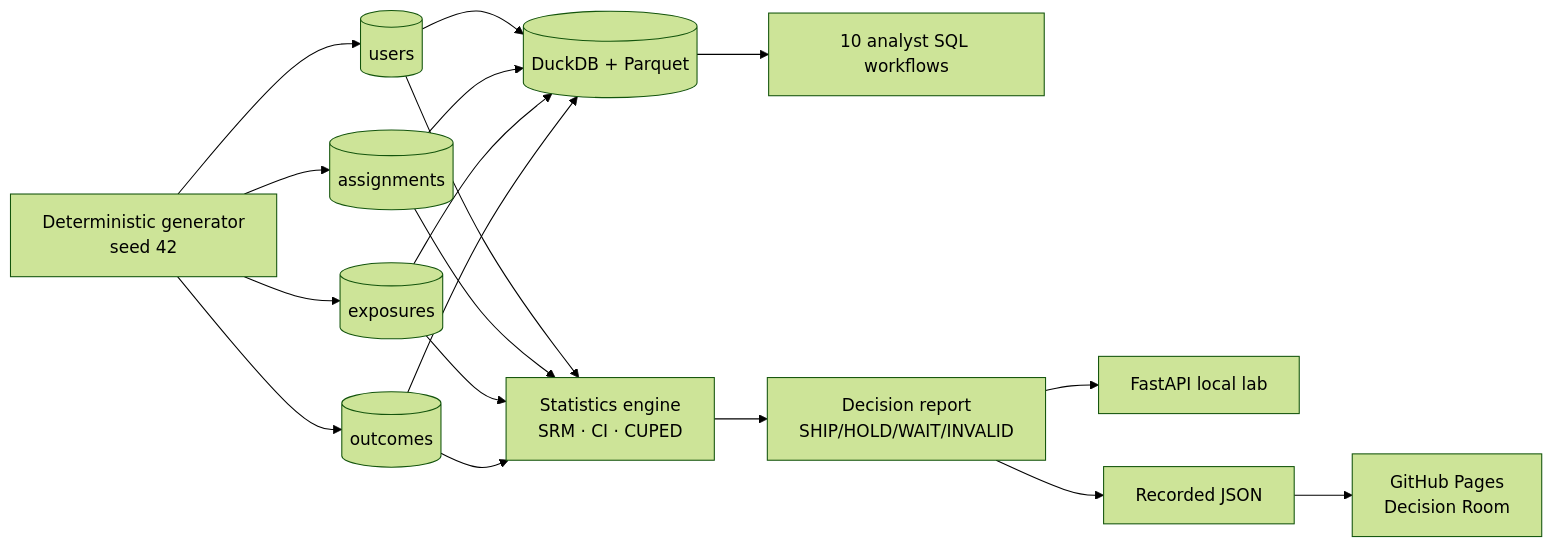
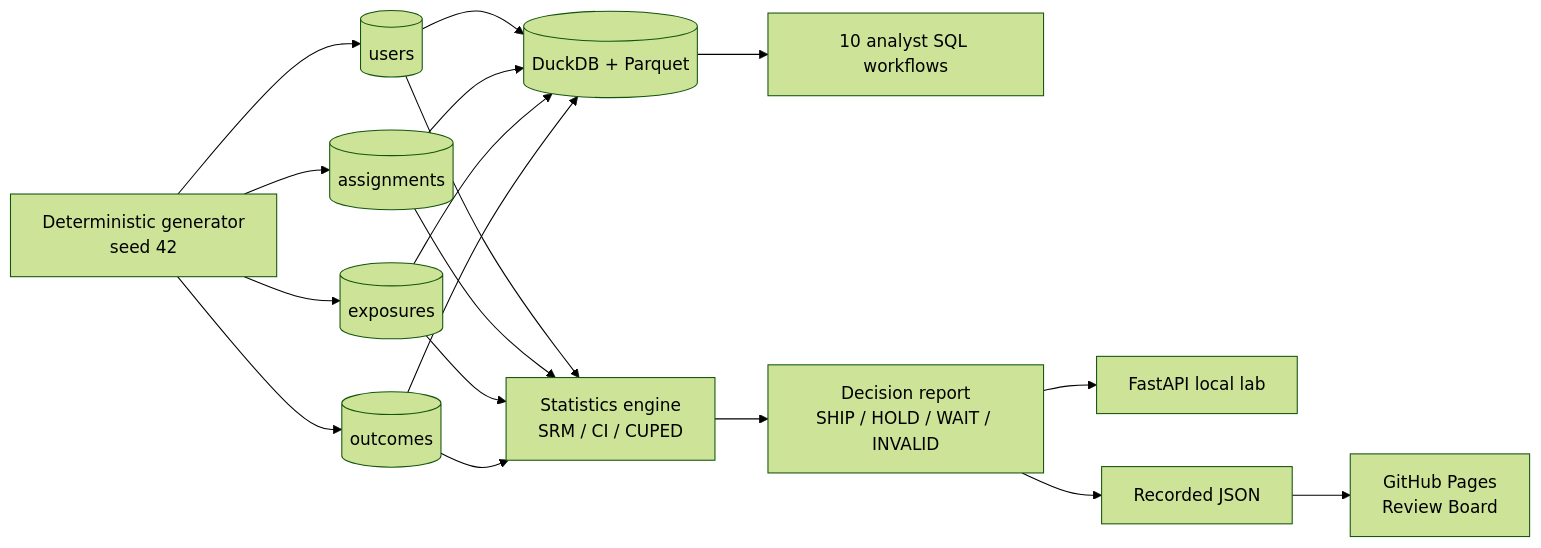
The diagram in README.md (Boothill2001/sports-experimentation-decision-lab), drawn with Mermaid (forest theme) before and after one commit. The commit also changed other lines of this file and 4 other files, not shown here.

Commit message:
redesign experiment review board

````diff
--- a/README.md
+++ b/README.md
@@ -61,14 +87,14 @@
 ```mermaid
 flowchart LR
     G[Deterministic generator<br/>seed 42] --> U[(users)]
     G --> A[(assignments)]
     G --> E[(exposures)]
     G --> O[(outcomes)]
     U & A & E & O --> D[(DuckDB + Parquet)]
     D --> SQL[10 analyst SQL workflows]
-    U & A & E & O --> S[Statistics engine<br/>SRM · CI · CUPED]
-    S --> R[Decision report<br/>SHIP/HOLD/WAIT/INVALID]
+    U & A & E & O --> S[Statistics engine<br/>SRM / CI / CUPED]
+    S --> R[Decision report<br/>SHIP / HOLD / WAIT / INVALID]
     R --> API[FastAPI local lab]
     R --> J[Recorded JSON]
-    J --> P[GitHub Pages<br/>Decision Room]
+    J --> P[GitHub Pages<br/>Review Board]
 ```
````
